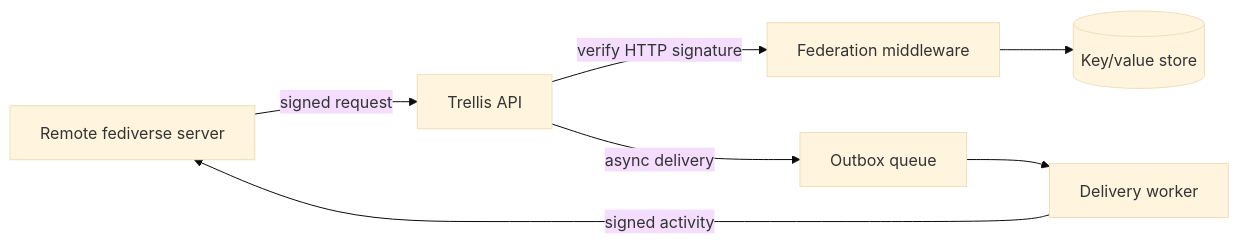
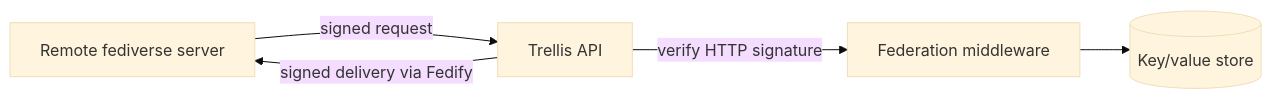
Before and after one commit to de-otio/trellis: the diagram in docs/concepts/activitypub.md, drawn with Mermaid (base theme). The commit also changed other lines of this file and 47 other files, not shown here.

````diff
--- a/docs/concepts/activitypub.md
+++ b/docs/concepts/activitypub.md
@@ -67,9 +76,7 @@
 ```mermaid
 flowchart LR
     Remote[Remote fediverse server] -->|signed request| API[Trellis API]
     API -->|verify HTTP signature| MW[Federation middleware]
     MW --> KV[(Key/value store)]
-    API -->|async delivery| Queue[Outbox queue]
-    Queue --> Worker[Delivery worker]
-    Worker -->|signed activity| Remote
+    API -->|signed delivery via Fedify| Remote
 ```
````
